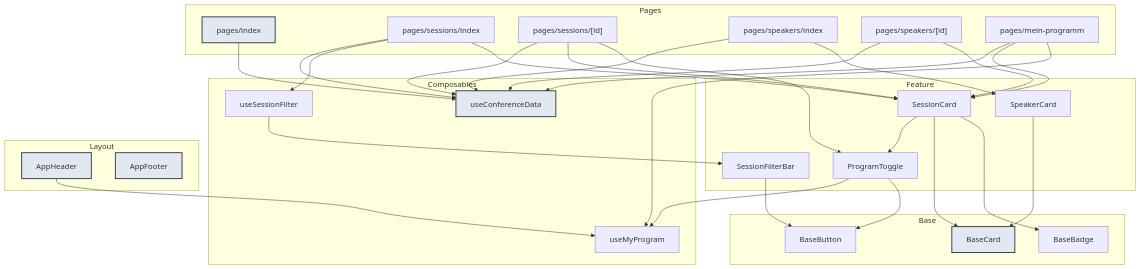
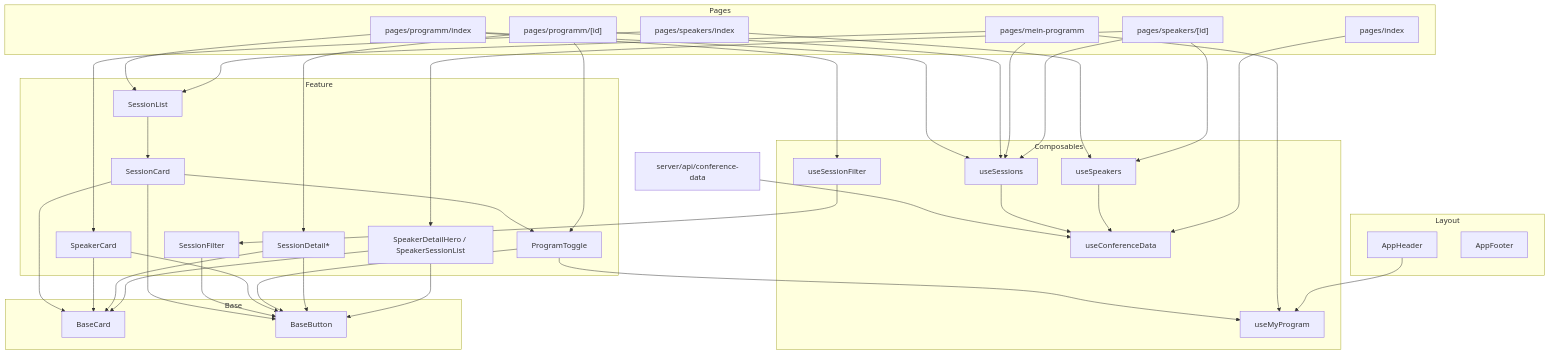
The diagram in docs/schritt1/02-architektur-adr.md (iamfynz/nextgenwebfe-frontrow), drawn with Mermaid before and after one commit. The commit also changed other lines of this file and 4 other files, not shown here.

````diff
--- a/docs/schritt1/02-architektur-adr.md
+++ b/docs/schritt1/02-architektur-adr.md
@@ -74,45 +84,52 @@
 ```mermaid
 flowchart TD
   subgraph Pages
     P1[pages/index]
-    P2[pages/sessions/index]
-    P3["pages/sessions/[id]"]
+    P2[pages/programm/index]
+    P3["pages/programm/[id]"]
     P4[pages/speakers/index]
     P5["pages/speakers/[id]"]
     P6[pages/mein-programm]
   end
   subgraph Composables
     C1[useConferenceData]
     C2[useSessionFilter]
     C3[useMyProgram]
+    C4[useSessions]
+    C5[useSpeakers]
   end
   subgraph Feature
     F1[SessionCard]
-    F2[SessionFilterBar]
+    F2[SessionFilter]
     F3[SpeakerCard]
     F4[ProgramToggle]
+    F5[SessionList]
+    F6[SessionDetail*]
+    F7[SpeakerDetailHero / SpeakerSessionList]
   end
   subgraph Base
     B1[BaseCard]
-    B2[BaseBadge]
     B3[BaseButton]
   end
   subgraph Layout
     L1[AppHeader]
     L2[AppFooter]
   end
-  P1 & P2 & P3 & P4 & P5 & P6 --> C1
+  S[server/api/conference-data] --> C1
+  C4 & C5 --> C1
+  P1 --> C1
+  P2 & P3 & P6 --> C4
+  P4 & P5 --> C5
+  P5 --> C4
   P2 --> C2 --> F2
-  P2 & P3 & P5 & P6 --> F1
+  P2 & P6 --> F5 --> F1
+  P3 --> F6
   P4 --> F3
+  P5 --> F7
   F1 --> F4 --> C3
   P3 --> F4
   P6 --> C3
   L1 --> C3
-  F1 --> B1 & B2
-  F3 --> B1
-  F2 --> B3
-  F4 --> B3
-  classDef done fill:#e2e8f0,stroke:#334155,stroke-width:2px
-  class P1,C1,B1,L1,L2 done
+  F1 & F3 & F6 & F7 --> B1
+  F1 & F2 & F3 & F4 & F6 & F7 --> B3
 ```
````
